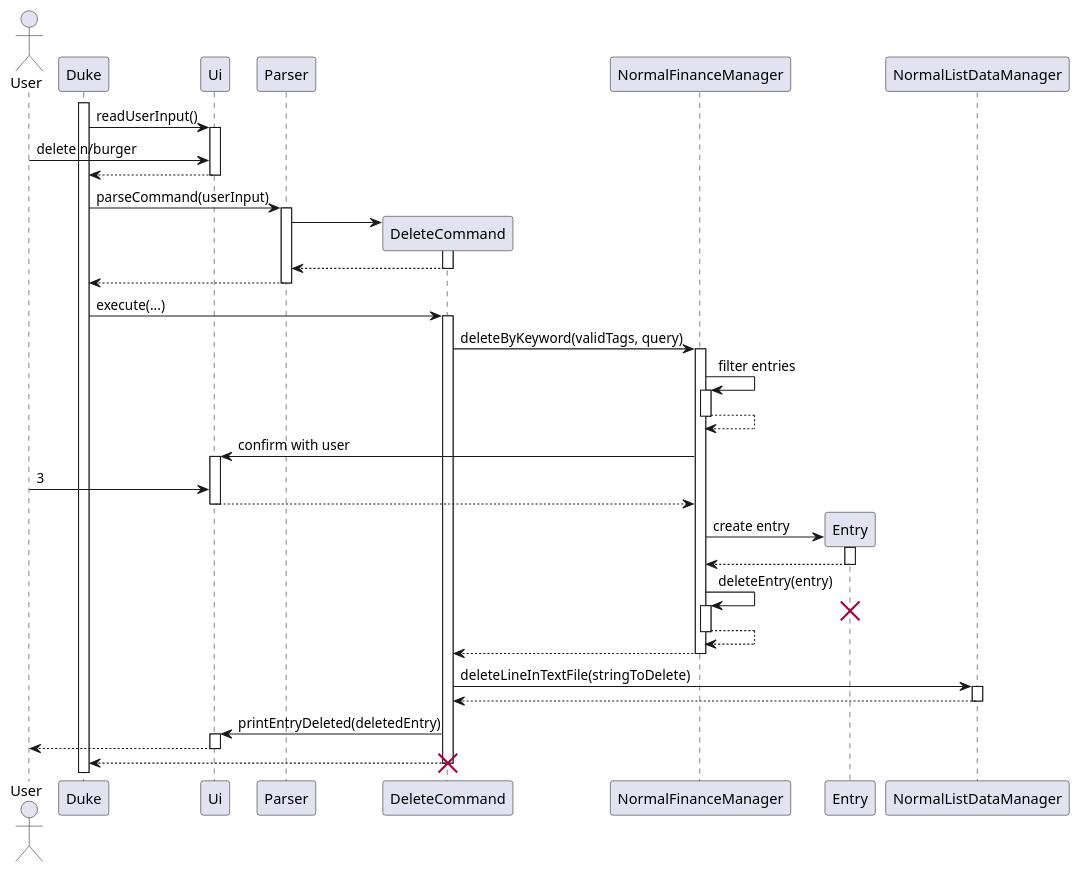
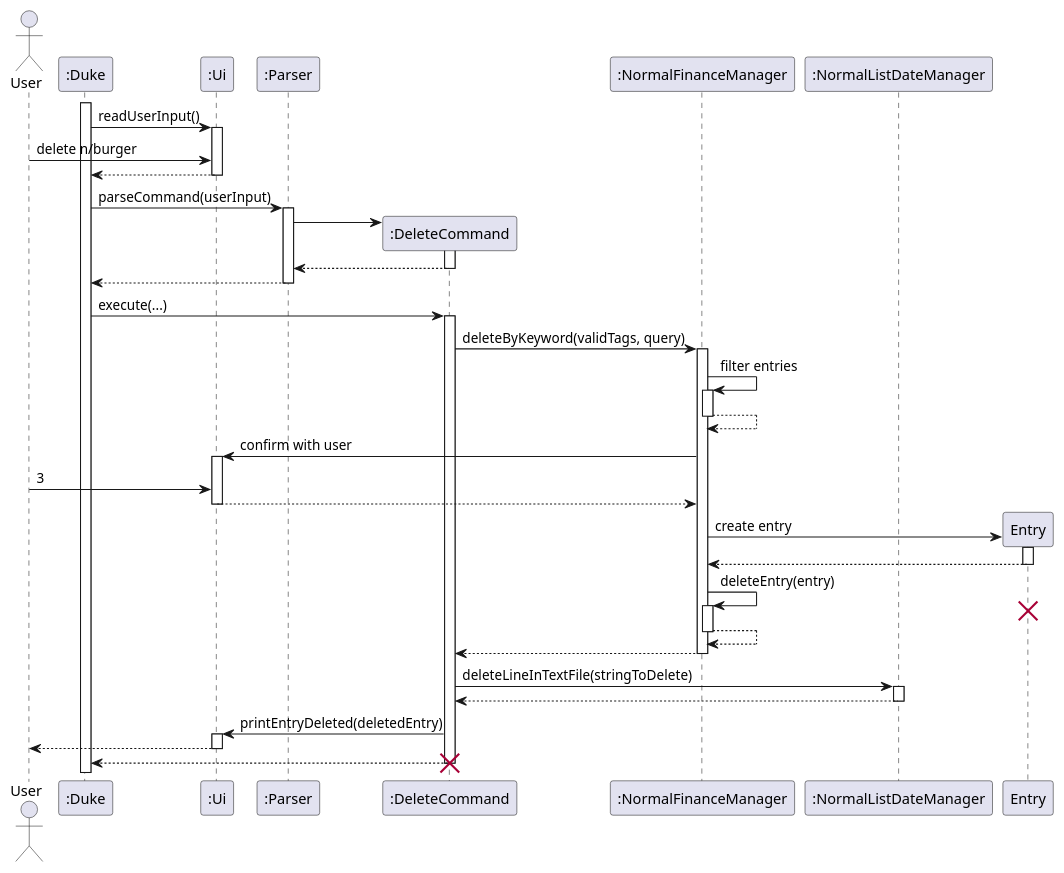
The diagram in docs/diagrams/ArchitectureSequenceDiagram.puml (yanjia1777/tp), drawn with PlantUML before and after one commit. The commit also changed 5 other files, not shown here.

Commit message:
Add sequence diagrams / class diagrams to DG

```diff
--- a/docs/diagrams/ArchitectureSequenceDiagram.puml
+++ b/docs/diagrams/ArchitectureSequenceDiagram.puml
@@ -1,56 +1,62 @@
 @startuml
 Actor User
+Participant ":Duke" as Duke
+Participant ":Ui" as Ui
+Participant ":Parser" as Parser
+Participant ":DeleteCommand" as DeleteCommand
+Participant ":NormalFinanceManager" as NormalFinanceManager
+Participant ":NormalListDateManager" as NormalListDataManager
 
 activate Duke
 Duke -> Ui: readUserInput()
 activate Ui
 User -> Ui : delete n/burger
 Ui --> Duke
 deactivate Ui
 Duke -> Parser : parseCommand(userInput)
 activate Parser
 create DeleteCommand
 Parser -> DeleteCommand
 activate DeleteCommand
 DeleteCommand --> Parser
 deactivate DeleteCommand
 Parser --> Duke
 deactivate Parser
 
 Duke -> DeleteCommand : execute(...)
 activate DeleteCommand
 DeleteCommand -> NormalFinanceManager : deleteByKeyword(validTags, query)
 activate NormalFinanceManager
 NormalFinanceManager -> NormalFinanceManager : filter entries
 activate NormalFinanceManager
 NormalFinanceManager --> NormalFinanceManager
 deactivate NormalFinanceManager
 NormalFinanceManager -> Ui : confirm with user
 activate Ui
 User -> Ui : 3
 Ui --> NormalFinanceManager
 deactivate Ui
 create Entry
 NormalFinanceManager -> Entry : create entry
 activate Entry
 Entry --> NormalFinanceManager
 deactivate Entry
 NormalFinanceManager -> NormalFinanceManager : deleteEntry(entry)
 activate NormalFinanceManager
 destroy Entry
 NormalFinanceManager --> NormalFinanceManager
 deactivate NormalFinanceManager
 NormalFinanceManager --> DeleteCommand
 deactivate NormalFinanceManager
 DeleteCommand -> NormalListDataManager : deleteLineInTextFile(stringToDelete)
 activate NormalListDataManager
 NormalListDataManager --> DeleteCommand
 deactivate NormalListDataManager
 DeleteCommand -> Ui : printEntryDeleted(deletedEntry)
 activate Ui
 Ui --> User
 deactivate Ui
 DeleteCommand --> Duke
 deactivate DeleteCommand
 destroy DeleteCommand
 @enduml
```
